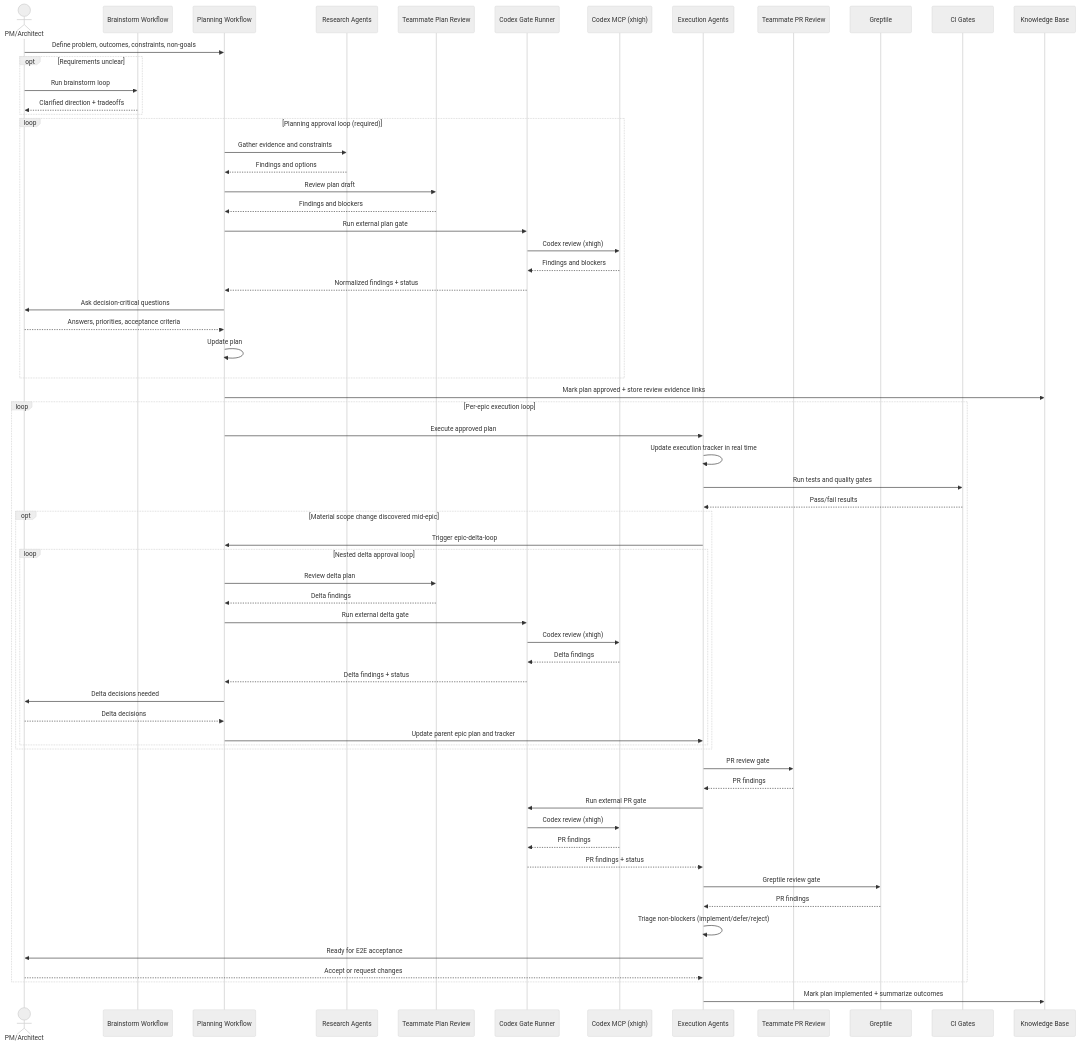
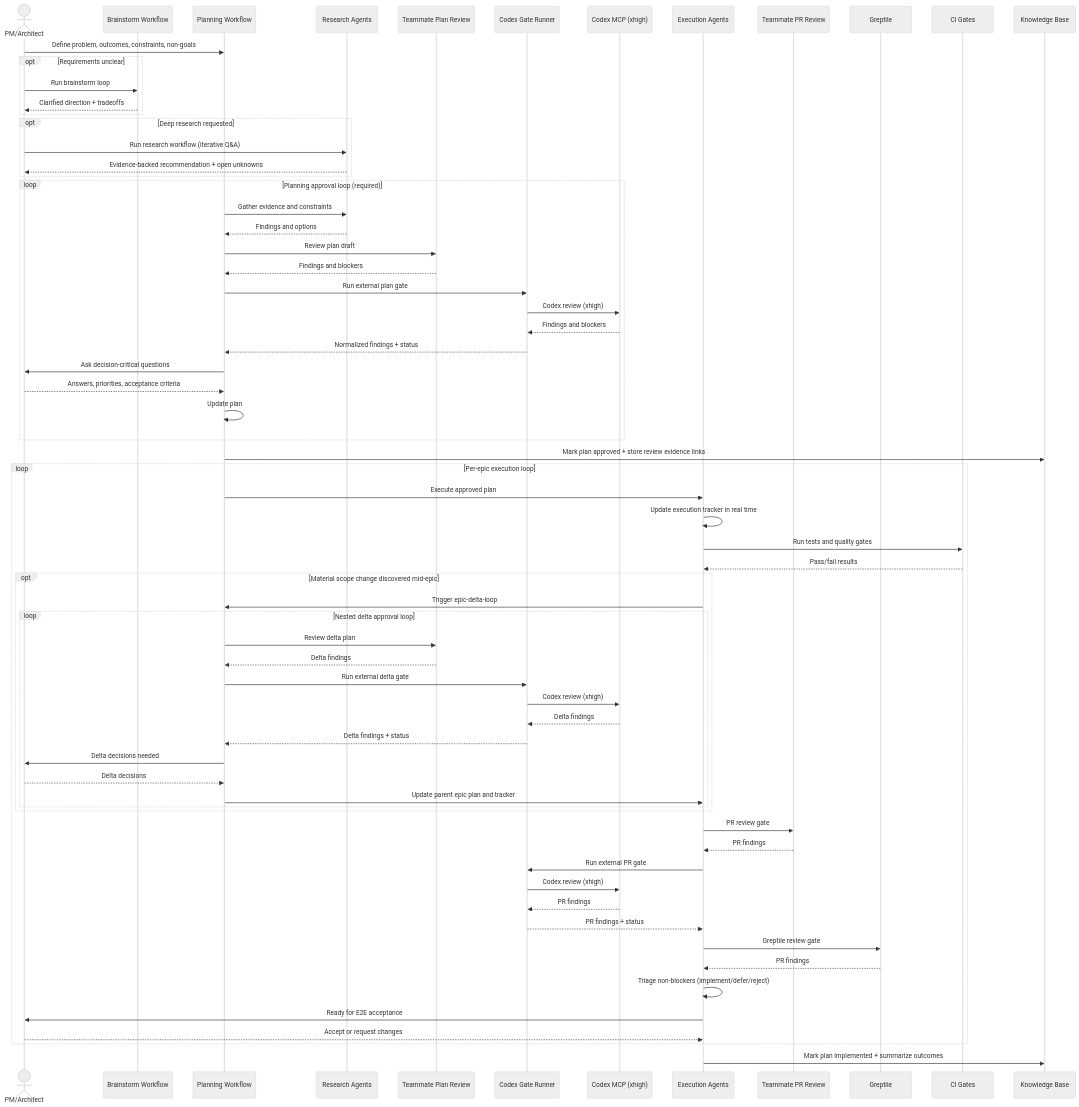
The first of 2 diagrams in templates/docs/process/sequence-diagram.md (adam-badar/compound-engineering-system), drawn with Mermaid (neutral theme) before and after one commit. The commit also changed other lines of this file and 16 other files, not shown here.

Commit message:
feat: add deep research and plan-deepening workflows

````diff
--- a/templates/docs/process/sequence-diagram.md
+++ b/templates/docs/process/sequence-diagram.md
@@ -5,71 +5,75 @@
 ```mermaid
 sequenceDiagram
     actor PM as PM/Architect
     participant Brainstorm as Brainstorm Workflow
     participant Plan as Planning Workflow
     participant Research as Research Agents
     participant TeamPlan as Teammate Plan Review
     participant CodexGate as Codex Gate Runner
     participant Codex as Codex MCP (xhigh)
     participant Work as Execution Agents
     participant TeamPR as Teammate PR Review
     participant Greptile as Greptile
     participant CI as CI Gates
     participant KB as Knowledge Base
 
     PM->>Plan: Define problem, outcomes, constraints, non-goals
     opt Requirements unclear
         PM->>Brainstorm: Run brainstorm loop
         Brainstorm-->>PM: Clarified direction + tradeoffs
+    end
+    opt Deep research requested
+        PM->>Research: Run research workflow (iterative Q&A)
+        Research-->>PM: Evidence-backed recommendation + open unknowns
     end
     loop Planning approval loop (required)
         Plan->>Research: Gather evidence and constraints
         Research-->>Plan: Findings and options
         Plan->>TeamPlan: Review plan draft
         TeamPlan-->>Plan: Findings and blockers
         Plan->>CodexGate: Run external plan gate
         CodexGate->>Codex: Codex review (xhigh)
         Codex-->>CodexGate: Findings and blockers
         CodexGate-->>Plan: Normalized findings + status
         Plan->>PM: Ask decision-critical questions
         PM-->>Plan: Answers, priorities, acceptance criteria
         Plan->>Plan: Update plan
     end
     Plan->>KB: Mark plan approved + store review evidence links
 
     loop Per-epic execution loop
         Plan->>Work: Execute approved plan
         Work->>Work: Update execution tracker in real time
         Work->>CI: Run tests and quality gates
         CI-->>Work: Pass/fail results
 
         opt Material scope change discovered mid-epic
             Work->>Plan: Trigger epic-delta-loop
             loop Nested delta approval loop
                 Plan->>TeamPlan: Review delta plan
                 TeamPlan-->>Plan: Delta findings
                 Plan->>CodexGate: Run external delta gate
                 CodexGate->>Codex: Codex review (xhigh)
                 Codex-->>CodexGate: Delta findings
                 CodexGate-->>Plan: Delta findings + status
                 Plan->>PM: Delta decisions needed
                 PM-->>Plan: Delta decisions
                 Plan->>Work: Update parent epic plan and tracker
             end
         end
 
         Work->>TeamPR: PR review gate
         TeamPR-->>Work: PR findings
         Work->>CodexGate: Run external PR gate
         CodexGate->>Codex: Codex review (xhigh)
         Codex-->>CodexGate: PR findings
         CodexGate-->>Work: PR findings + status
         Work->>Greptile: Greptile review gate
         Greptile-->>Work: PR findings
         Work->>Work: Triage non-blockers (implement/defer/reject)
         Work->>PM: Ready for E2E acceptance
         PM-->>Work: Accept or request changes
     end
 
     Work->>KB: Mark plan implemented + summarize outcomes
 ```
````
